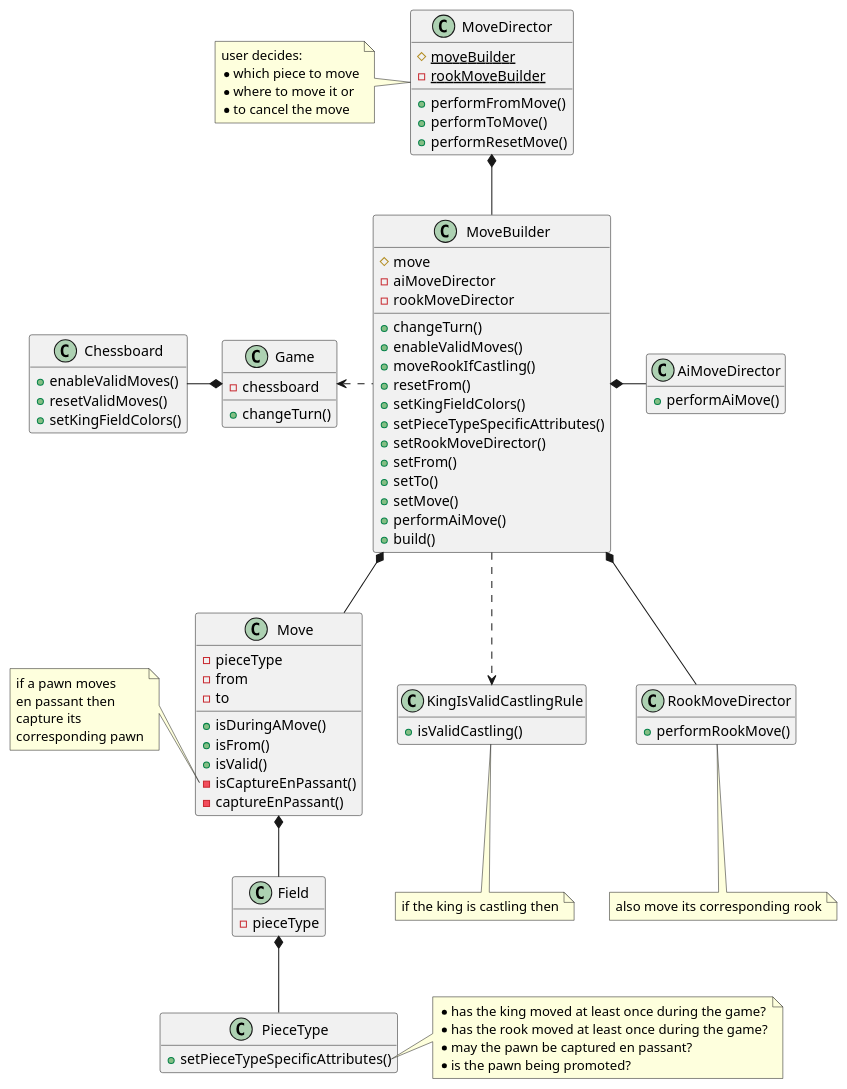
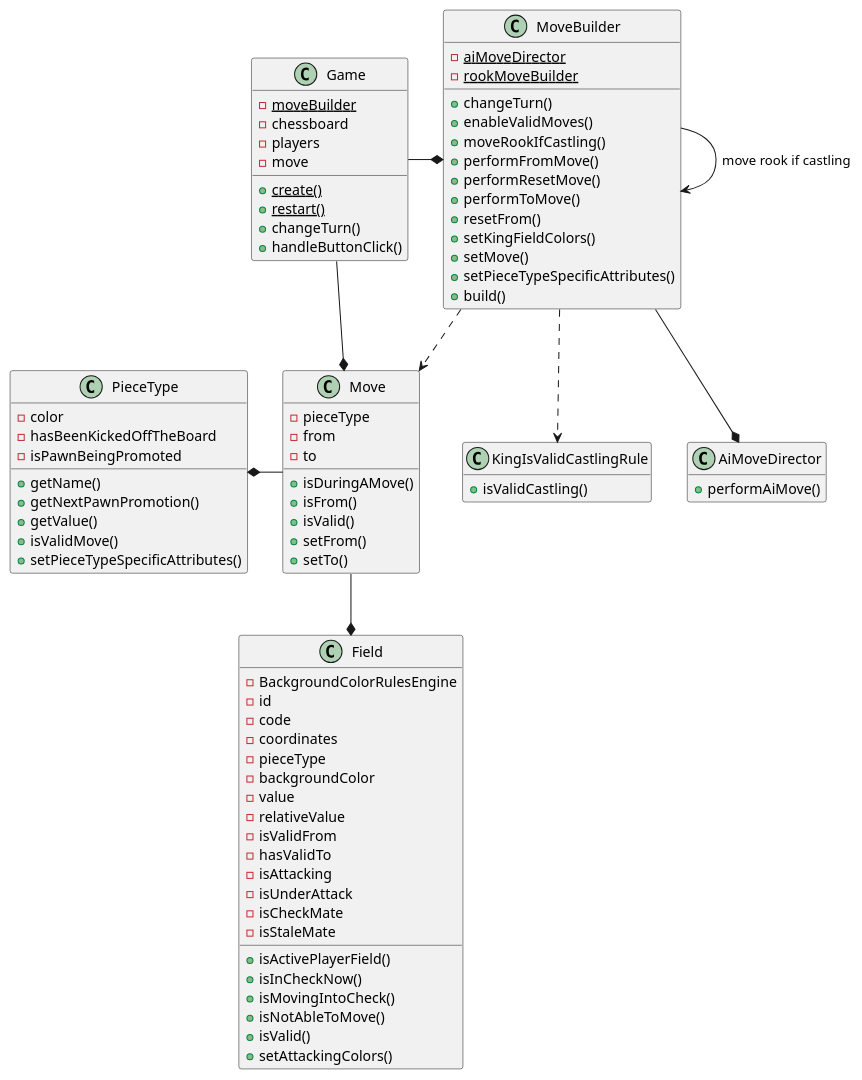
One commit to tiktaalick/chess-with-database changed the diagram in game/src/main/resources/uml/move.puml. Above: the diagram before and after it, drawn with PlantUML. The commit also changed 2 other files, not shown here.

Commit message:
Updated the Move class diagram.

```diff
--- a/game/src/main/resources/uml/move.puml
+++ b/game/src/main/resources/uml/move.puml
@@ -1,124 +1,103 @@
 @startuml
 
 '--------------'
 'Hidden members'
 '--------------'
 hide empty members
 
 '----'
 'Move'
 '----'
-class MoveDirector {
-    # {static} moveBuilder
+class MoveBuilder {
+    - {static} aiMoveDirector
     - {static} rookMoveBuilder
-    + performFromMove()
-    + performToMove()
-    + performResetMove()
-}
-
-class MoveBuilder {
-    # move
-    - aiMoveDirector
-    - rookMoveDirector
     + changeTurn()
     + enableValidMoves()
     + moveRookIfCastling()
+    + performFromMove()
+    + performResetMove()
+    + performToMove()
     + resetFrom()
     + setKingFieldColors()
+    + setMove()
     + setPieceTypeSpecificAttributes()
-    + setRookMoveDirector()
-    + setFrom()
-    + setTo()
-    + setMove()
-    + performAiMove()
     + build()
 }
 
 class Move {
     - pieceType
     - from
     - to
     + isDuringAMove()
     + isFrom()
     + isValid()
-    - isCaptureEnPassant()
-    - captureEnPassant()
-}
-
-class Field {
-    - pieceType
-}
-
-class PieceType {
-    + setPieceTypeSpecificAttributes()
+    + setFrom()
+    + setTo()
 }
 
 class Game {
+    - {static} moveBuilder
     - chessboard
+    - players
+    - move
+    + {static} create()
+    + {static} restart()
     + changeTurn()
-}
-
-class Chessboard {
-    + enableValidMoves()
-    + resetValidMoves()
-    + setKingFieldColors()
+    + handleButtonClick()
 }
 
 class KingIsValidCastlingRule {
     + isValidCastling()
 }
 
-class RookMoveDirector {
-    + performRookMove()
+class AiMoveDirector {
+    + performAiMove()
 }
 
-class AiMoveDirector {
-    + performAiMove()
+class PieceType {
+    - color
+    - hasBeenKickedOffTheBoard
+    - isPawnBeingPromoted
+    + getName()
+    + getNextPawnPromotion()
+    + getValue()
+    + isValidMove()
+    + setPieceTypeSpecificAttributes()
+}
+
+class Field {
+    - BackgroundColorRulesEngine
+    - id
+    - code
+    - coordinates
+    - pieceType
+    - backgroundColor
+    - value
+    - relativeValue
+    - isValidFrom
+    - hasValidTo
+    - isAttacking
+    - isUnderAttack
+    - isCheckMate
+    - isStaleMate
+    + isActivePlayerField()
+    + isInCheckNow()
+    + isMovingIntoCheck()
+    + isNotAbleToMove()
+    + isValid()
+    + setAttackingColors()
 }
 
 '---------'
 'Relations'
 '---------'
-MoveDirector *-- MoveBuilder
-MoveBuilder *-- Move
-MoveBuilder *-- RookMoveDirector
-MoveBuilder *-right- AiMoveDirector
-MoveBuilder .left.> Game
-Game *-left- Chessboard
+Game --* Move
+Game -right-* MoveBuilder
 MoveBuilder ..> KingIsValidCastlingRule
-Move *-- Field
-Field *-- PieceType
-
-'-----'
-'Notes'
-'-----'
-note left of MoveDirector
-    user decides:
-    * which piece to move
-    * where to move it or
-    * to cancel the move
-end note
-
-note bottom of KingIsValidCastlingRule
-    if the king is castling then
-end note
-
-note bottom of RookMoveDirector
-    also move its corresponding rook
-end note
-
-note left of Move::isCaptureEnPassant
-    if a pawn moves
-    en passant then
-    capture its
-    corresponding pawn
-end note
-
-note right of PieceType::setPieceTypeSpecificAttributes
-    * has the king moved at least once during the game?
-    * has the rook moved at least once during the game?
-    * may the pawn be captured en passant?
-    * is the pawn being promoted?
-end note
+MoveBuilder --> MoveBuilder : move rook if castling
+MoveBuilder -down-* AiMoveDirector
+MoveBuilder ..> Move
+Move -left-* PieceType
+Move --* Field
 
 @enduml
```
